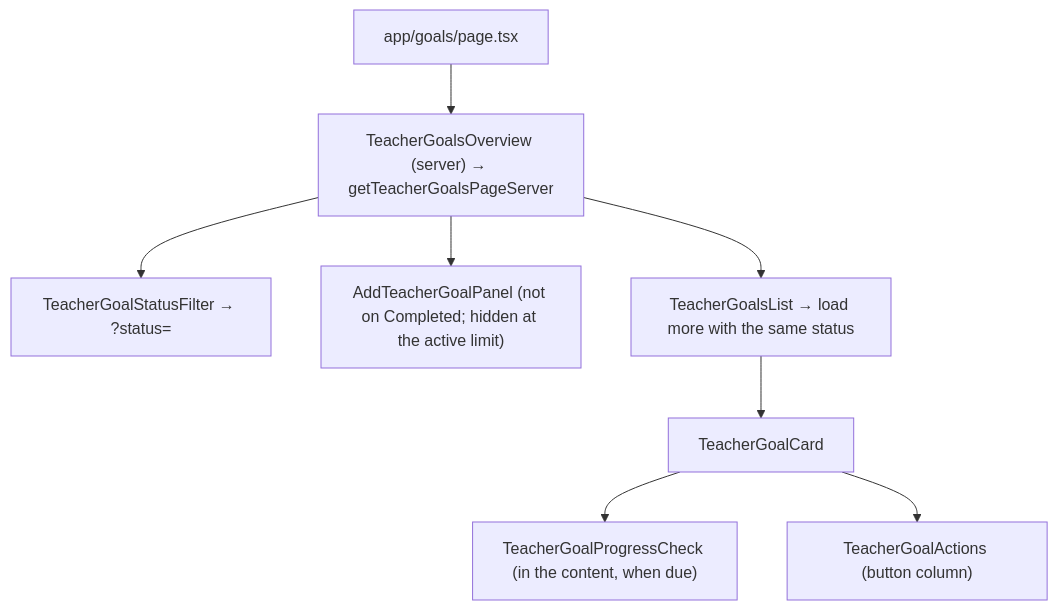
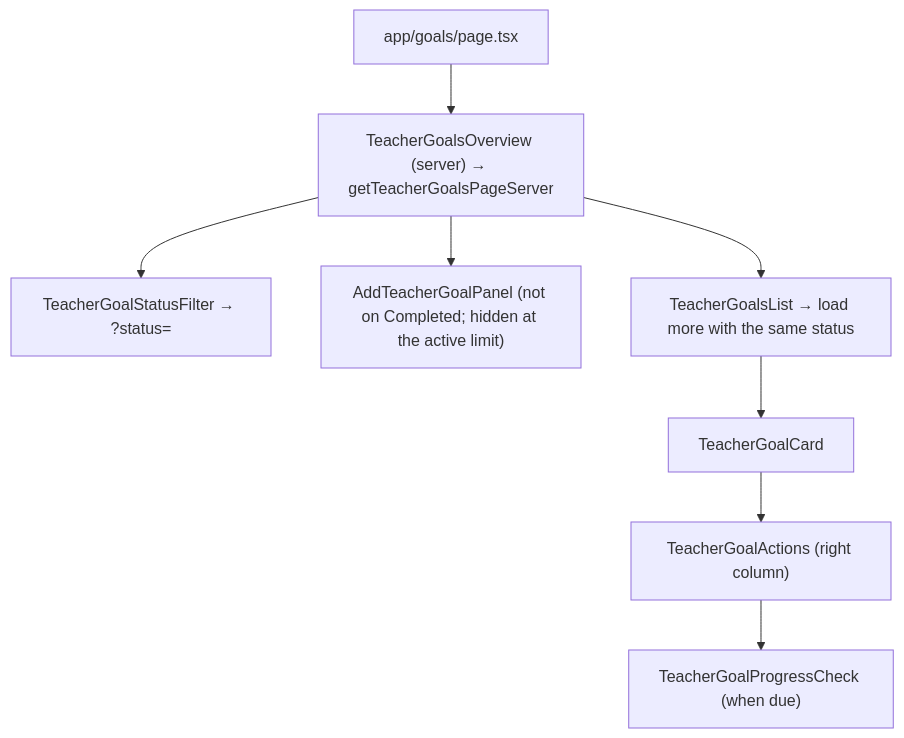
One commit to KaterynaKocheharova/Practice-app changed the first of 3 diagrams in front/src/docs/teachers/teacher-goals.md. Above: the diagram before and after it, drawn with Mermaid. The commit also changed other lines of this file and 4 other files, not shown here.

Commit message:
move progress check to the rigth

````diff
--- a/front/src/docs/teachers/teacher-goals.md
+++ b/front/src/docs/teachers/teacher-goals.md
@@ -28,10 +28,10 @@
 ```mermaid
 flowchart TD
   Page["app/goals/page.tsx"] --> Overview["TeacherGoalsOverview (server) → getTeacherGoalsPageServer"]
   Overview --> Filter["TeacherGoalStatusFilter → ?status="]
   Overview --> Add["AddTeacherGoalPanel (not on Completed; hidden at the active limit)"]
   Overview --> List["TeacherGoalsList → load more with the same status"]
   List --> Card["TeacherGoalCard"]
-  Card --> Check["TeacherGoalProgressCheck (in the content, when due)"]
-  Card --> Actions["TeacherGoalActions (button column)"]
+  Card --> Actions["TeacherGoalActions (right column)"]
+  Actions --> Check["TeacherGoalProgressCheck (when due)"]
 ```
````
